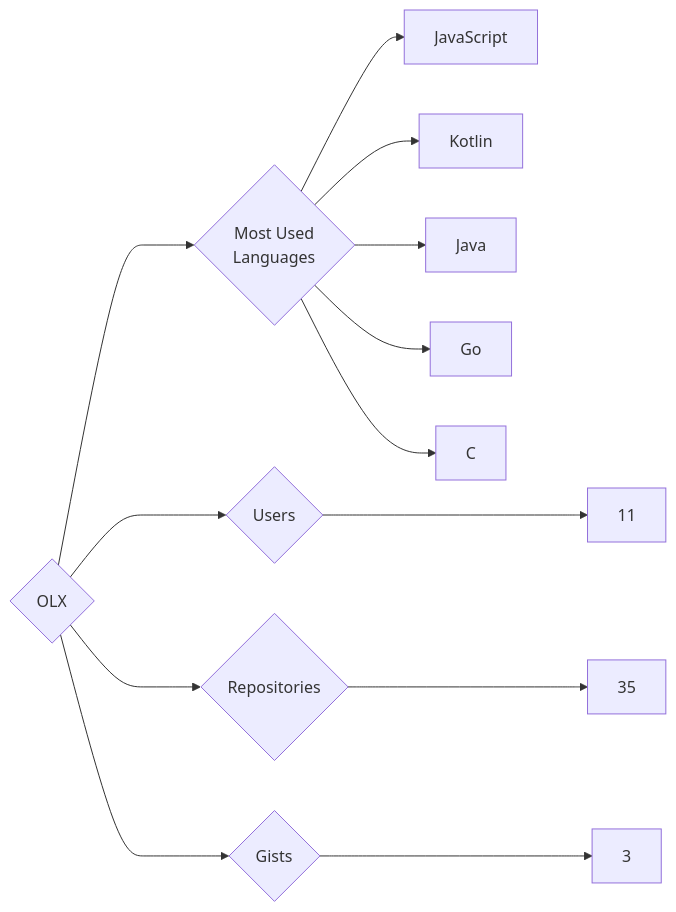
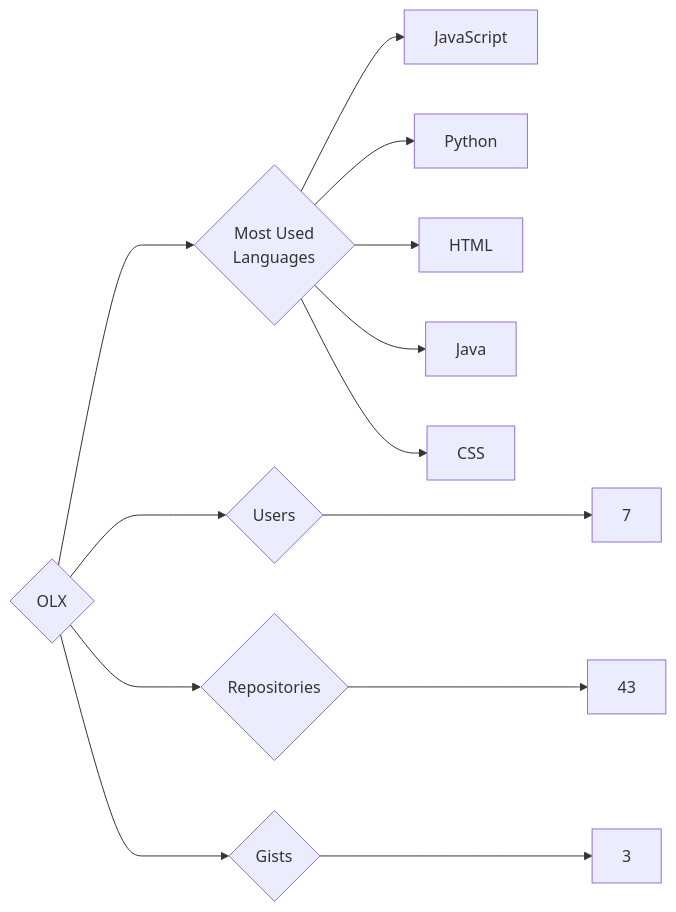
One commit to trickest/insiders changed the diagram in targets/OLX/README.md. Above: the diagram before and after it, drawn with Mermaid. The commit also changed 1484 other files, not shown here.

````diff
--- a/targets/OLX/README.md
+++ b/targets/OLX/README.md
@@ -3,13 +3,13 @@
 ```mermaid
 graph LR
 COMPANY_NAME{OLX}
-COMPANY_NAME ---> U{Users} ---> UN[11]
-COMPANY_NAME ---> R{Repositories} ---> RN[35]
+COMPANY_NAME ---> U{Users} ---> UN[7]
+COMPANY_NAME ---> R{Repositories} ---> RN[43]
 COMPANY_NAME ---> G{Gists} ---> GN[3]
 COMPANY_NAME ---> ML{Most Used<br>Languages}
 ML --> JavaScript[JavaScript]
-ML --> Kotlin[Kotlin]
+ML --> Python[Python]
+ML --> HTML[HTML]
 ML --> Java[Java]
-ML --> Go[Go]
-ML --> C[C]
+ML --> CSS[CSS]
 ```
````
